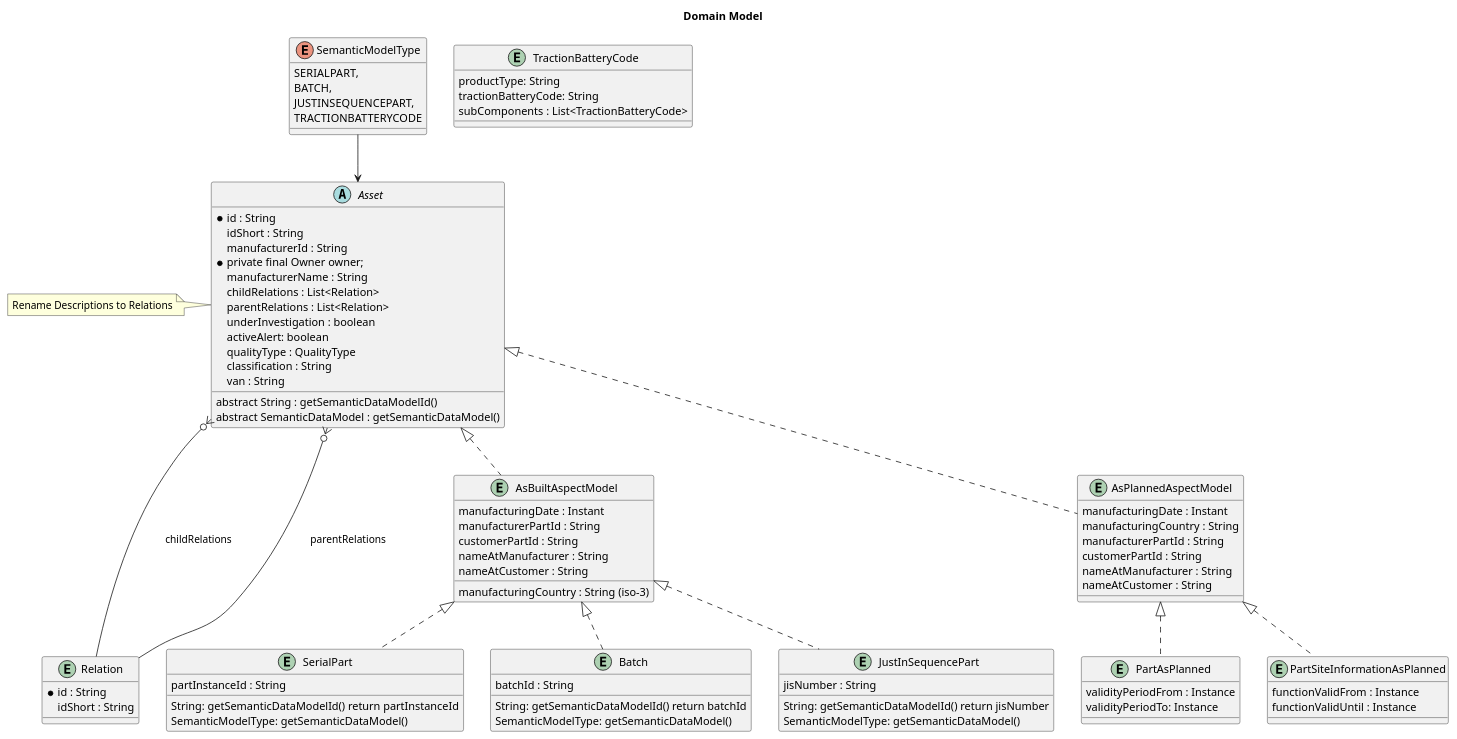
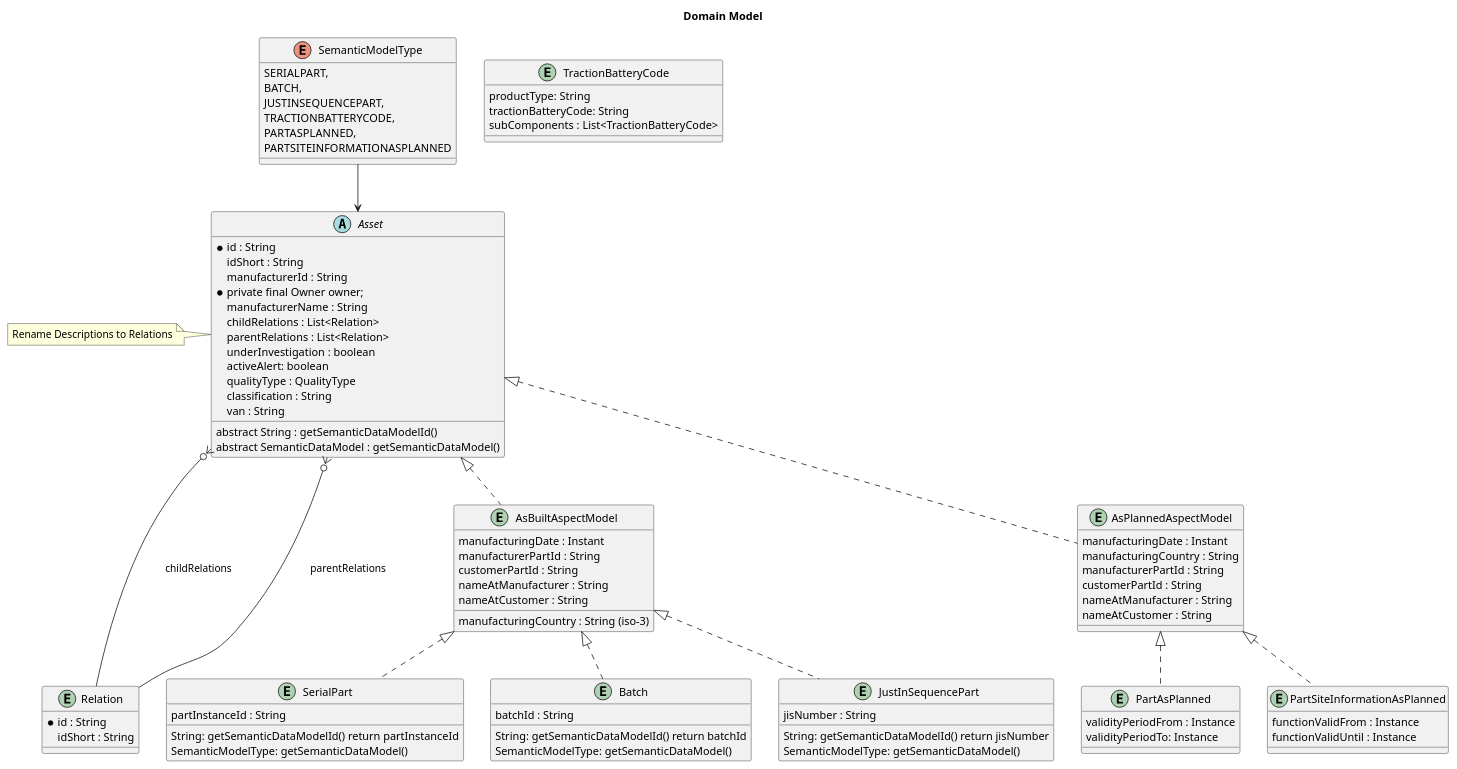
Before and after one commit to eclipse-tractusx/traceability-foss: the diagram in docs/src/uml-diagrams/concept/TRACEFOSS-1423/domain-model.puml, drawn with PlantUML.

Commit message:
fix(diagram):[TRACEFOSS-1423] added new as planned models

```diff
--- a/docs/src/uml-diagrams/concept/TRACEFOSS-1423/domain-model.puml
+++ b/docs/src/uml-diagrams/concept/TRACEFOSS-1423/domain-model.puml
@@ -1,113 +1,115 @@
 @startuml
 
 title: Domain Model
 
 
 abstract Asset {
         *   id : String
         idShort : String
         manufacturerId : String
         * private final Owner owner;
         manufacturerName : String
         childRelations : List<Relation>
         parentRelations : List<Relation>
         underInvestigation : boolean
         activeAlert: boolean
         qualityType : QualityType
         classification : String
         van : String
         abstract String : getSemanticDataModelId()
         abstract SemanticDataModel : getSemanticDataModel()
 }
 note left
     Rename Descriptions to Relations
 end note
 
 
 entity Relation {
        *   id : String
        idShort : String
 }
 
 enum SemanticModelType {
     SERIALPART,
     BATCH,
     JUSTINSEQUENCEPART,
-    TRACTIONBATTERYCODE
+    TRACTIONBATTERYCODE,
+    PARTASPLANNED,
+    PARTSITEINFORMATIONASPLANNED
 }
 
 
 entity AsBuiltAspectModel {
         manufacturingDate : Instant
         manufacturingCountry : String (iso-3)
         manufacturerPartId : String
         customerPartId : String
         nameAtManufacturer : String
         nameAtCustomer : String
 }
 
 entity SerialPart {
      partInstanceId : String
      String: getSemanticDataModelId() return partInstanceId
      SemanticModelType: getSemanticDataModel()
 }
 
 entity Batch {
      batchId : String
      String: getSemanticDataModelId() return batchId
      SemanticModelType: getSemanticDataModel()
 }
 
 entity JustInSequencePart {
      jisNumber : String
      String: getSemanticDataModelId() return jisNumber
      SemanticModelType: getSemanticDataModel()
 }
 
 entity TractionBatteryCode {
     productType: String
     tractionBatteryCode: String
     subComponents : List<TractionBatteryCode>
 }
 
 entity PartAsPlanned {
 /'
     1.0.0
 '/
     validityPeriodFrom : Instance
     validityPeriodTo: Instance
 }
 
 entity PartSiteInformationAsPlanned {
 /'
     1.0.0
     Currently this is not ready for implementing - there is no specification right now.
 '/
     functionValidFrom : Instance
     functionValidUntil : Instance
 }
 
 entity AsPlannedAspectModel {
         manufacturingDate : Instant
         manufacturingCountry : String
         manufacturerPartId : String
         customerPartId : String
         nameAtManufacturer : String
         nameAtCustomer : String
 }
 
 SemanticModelType --> Asset
 Asset <|.. AsBuiltAspectModel
 Asset <|.. AsPlannedAspectModel
 
 AsBuiltAspectModel <|.. Batch
 AsBuiltAspectModel <|.. SerialPart
 AsBuiltAspectModel <|.. JustInSequencePart
 
 AsPlannedAspectModel <|.. PartAsPlanned
 AsPlannedAspectModel <|.. PartSiteInformationAsPlanned
 
 Asset }o--- Relation : childRelations
 Asset }o---  Relation : parentRelations
 
 @enduml
```
